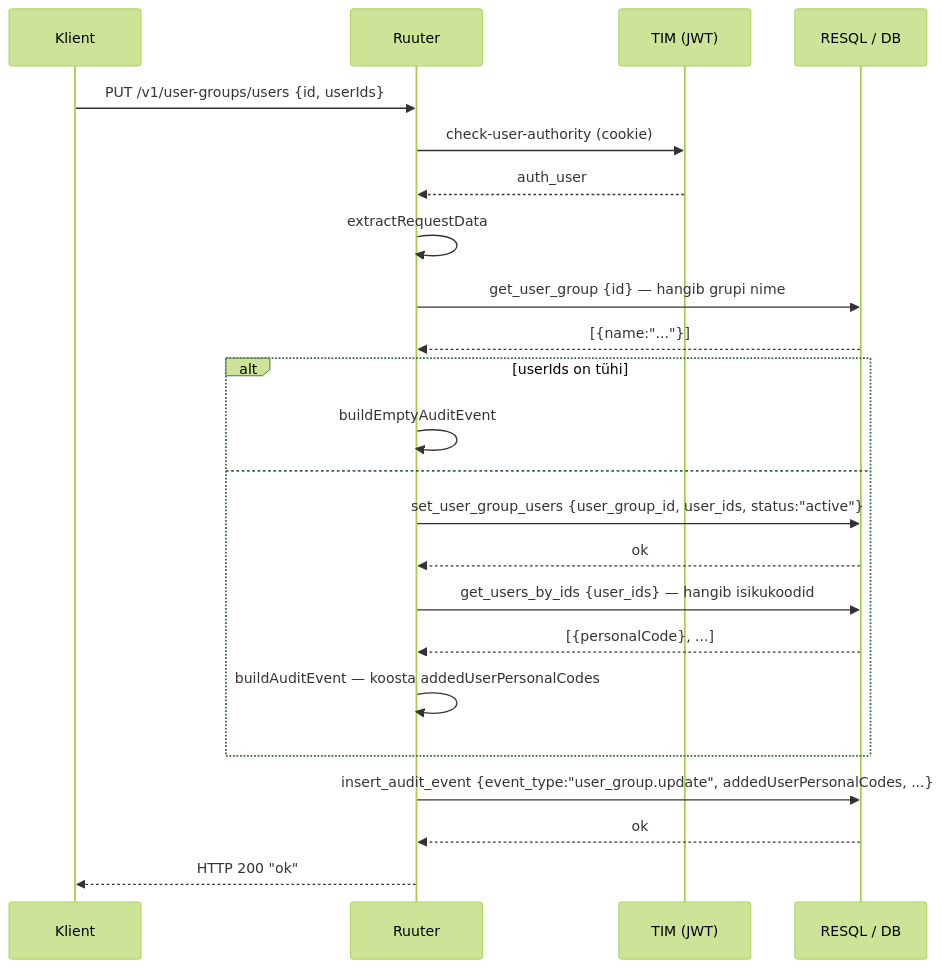
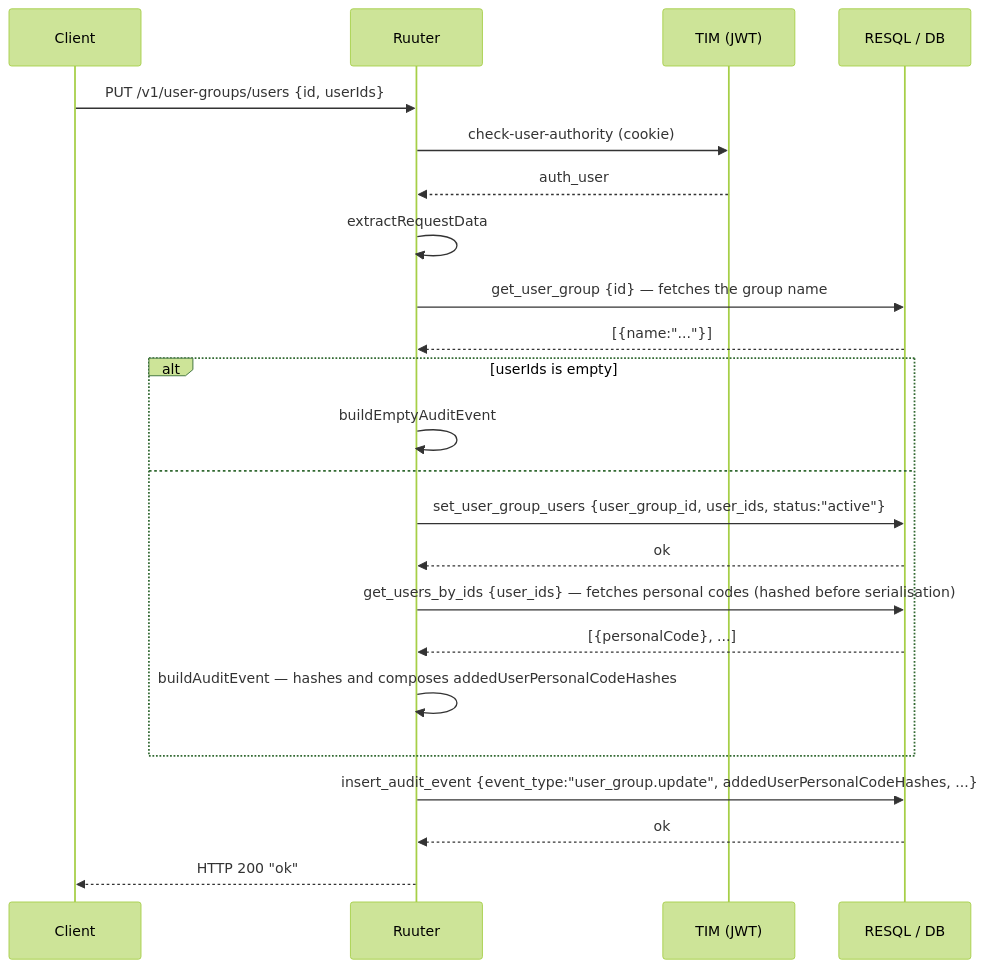
One commit to kemit-ee/ljvis-2 changed the fourth of 4 diagrams in docs/audit-logging.md. Above: the diagram before and after it, drawn with Mermaid (forest theme). The commit also changed other lines of this file, not shown here.

First line of the commit message:
fix(audit): hash personal codes in audit-logging examples

````diff
--- a/docs/audit-logging.md
+++ b/docs/audit-logging.md
@@ -247,26 +247,26 @@
 ```mermaid
 sequenceDiagram
-    participant K as Klient
+    participant K as Client
     participant R as Ruuter
     participant T as TIM (JWT)
     participant DB as RESQL / DB
 
     K->>R: PUT /v1/user-groups/users {id, userIds}
     R->>T: check-user-authority (cookie)
     T-->>R: auth_user
     R->>R: extractRequestData
-    R->>DB: get_user_group {id} — hangib grupi nime
+    R->>DB: get_user_group {id} — fetches the group name
     DB-->>R: [{name:"..."}]
-    alt userIds on tühi
+    alt userIds is empty
         R->>R: buildEmptyAuditEvent
     else
         R->>DB: set_user_group_users {user_group_id, user_ids, status:"active"}
         DB-->>R: ok
-        R->>DB: get_users_by_ids {user_ids} — hangib isikukoodid
+        R->>DB: get_users_by_ids {user_ids} — fetches personal codes (hashed before serialisation)
         DB-->>R: [{personalCode}, ...]
-        R->>R: buildAuditEvent — koosta addedUserPersonalCodes
+        R->>R: buildAuditEvent — hashes and composes addedUserPersonalCodeHashes
     end
-    R->>DB: insert_audit_event {event_type:"user_group.update", addedUserPersonalCodes, ...}
+    R->>DB: insert_audit_event {event_type:"user_group.update", addedUserPersonalCodeHashes, ...}
     DB-->>R: ok
     R-->>K: HTTP 200 "ok"
 ```
````
